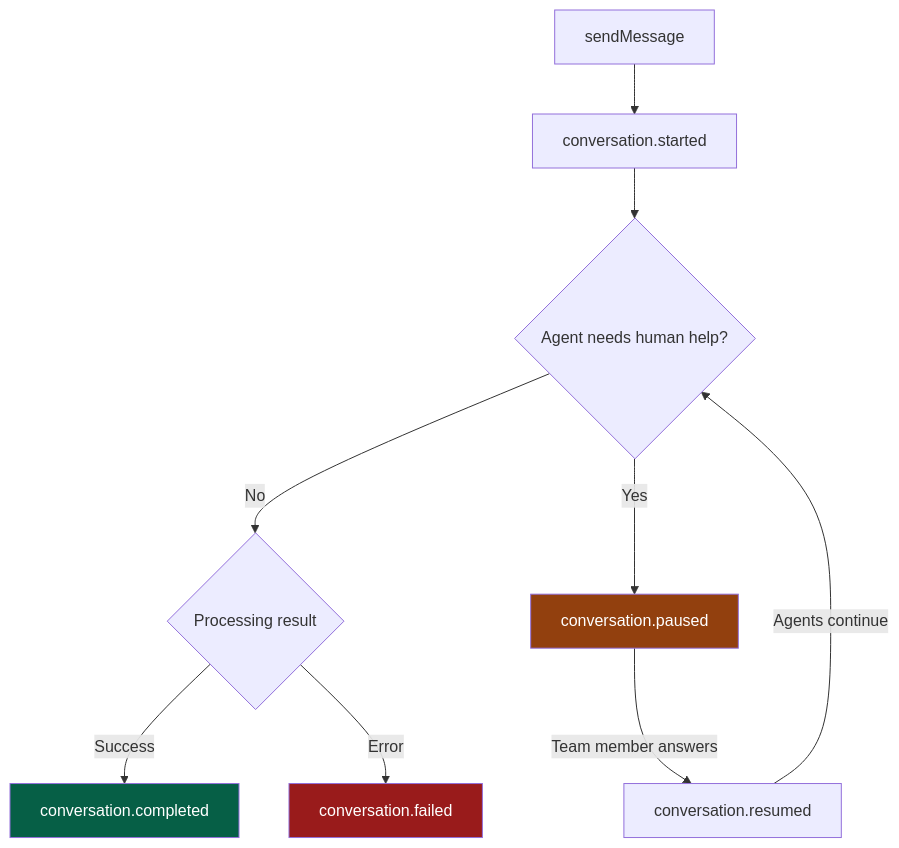
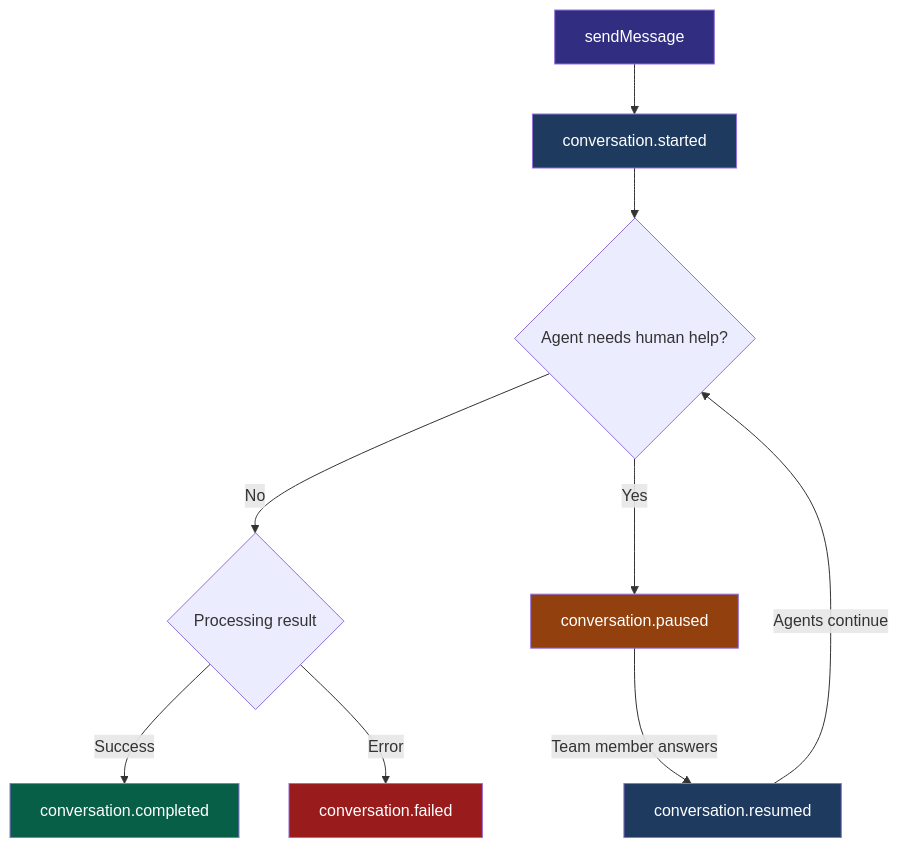
Before and after one commit to AD-Conculting-AI/herald-bundle: the second of 2 diagrams in README.md, drawn with Mermaid.

Commit message:
docs: color all flowchart nodes (started, resumed, sendMessage)

````diff
--- a/README.md
+++ b/README.md
@@ -158,15 +158,18 @@
 ```mermaid
 flowchart TD
     A[sendMessage] --> B[conversation.started]
     B --> C{Agent needs human help?}
     C -- No --> F{Processing result}
     C -- Yes --> D[conversation.paused]
     D -- Team member answers --> E[conversation.resumed]
     E -- Agents continue --> C
     F -- Success --> G[conversation.completed]
     F -- Error --> H[conversation.failed]
 
+    style A fill:#312e81,color:#fff
+    style B fill:#1e3a5f,color:#fff
+    style D fill:#92400e,color:#fff
+    style E fill:#1e3a5f,color:#fff
     style G fill:#065f46,color:#fff
     style H fill:#991b1b,color:#fff
-    style D fill:#92400e,color:#fff
 ```
````
